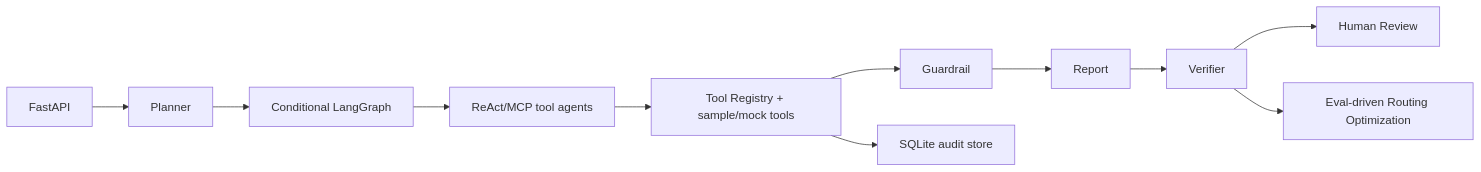
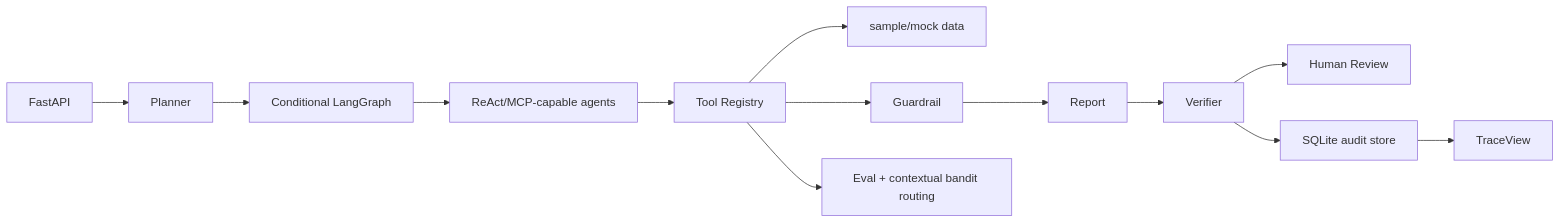
Before and after one commit to cxy-peter/Wealth-management-Agent: the diagram in README.md, drawn with Mermaid. The commit also changed other lines of this file and 48 other files, not shown here.

````diff
--- a/README.md
+++ b/README.md
@@ -9,13 +9,15 @@
 ```mermaid
 flowchart LR
   API["FastAPI"] --> Planner["Planner"]
   Planner --> Router["Conditional LangGraph"]
-  Router --> ReactAgents["ReAct/MCP tool agents"]
-  ReactAgents --> Registry["Tool Registry + sample/mock tools"]
+  Router --> Agents["ReAct/MCP-capable agents"]
+  Agents --> Registry["Tool Registry"]
+  Registry --> Data["sample/mock data"]
   Registry --> Guardrail["Guardrail"]
   Guardrail --> Report["Report"]
   Report --> Verifier["Verifier"]
   Verifier --> Review["Human Review"]
-  Verifier --> Eval["Eval-driven Routing Optimization"]
-  Registry --> SQLite["SQLite audit store"]
+  Verifier --> Audit["SQLite audit store"]
+  Audit --> Trace["TraceView"]
+  Registry --> Eval["Eval + contextual bandit routing"]
 ```
````
